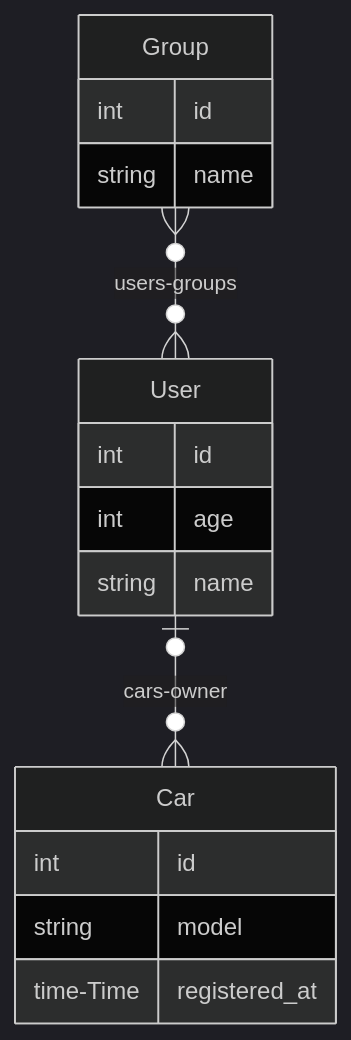
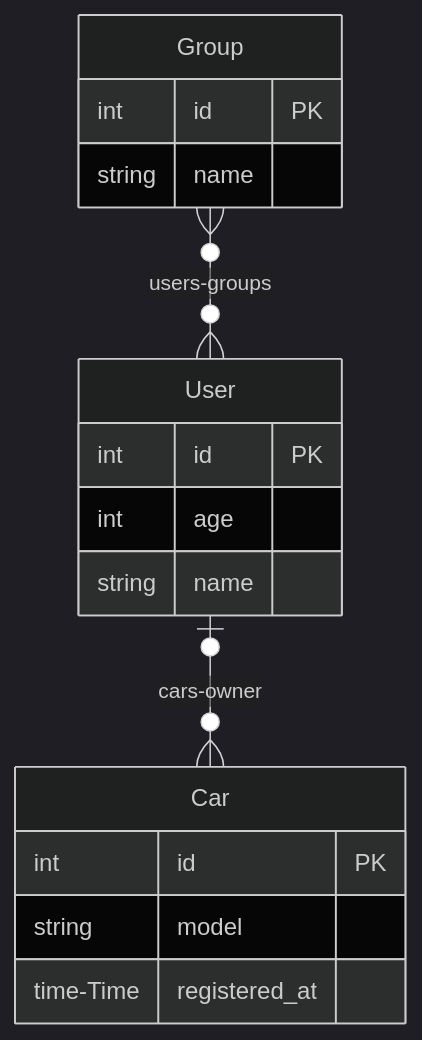
One commit to troypoulter/entmaid changed the diagram in examples/start/readme.md. Above: the diagram before and after it, drawn with Mermaid (dark theme). The commit also changed 2 other files, not shown here.

Commit message:
feat: add PK to table for well defined IDs

````diff
--- a/examples/start/readme.md
+++ b/examples/start/readme.md
@@ -12,23 +12,23 @@
 ```mermaid
 erDiagram
  Car {
-  int id
+  int id PK
   string model
   time-Time registered_at
  }
 
  Group {
-  int id
+  int id PK
   string name
  }
 
  User {
-  int id
+  int id PK
   int age
   string name
  }
 
  Group }o--o{ User : users-groups
  User |o--o{ Car : cars-owner
 
 ```
````
